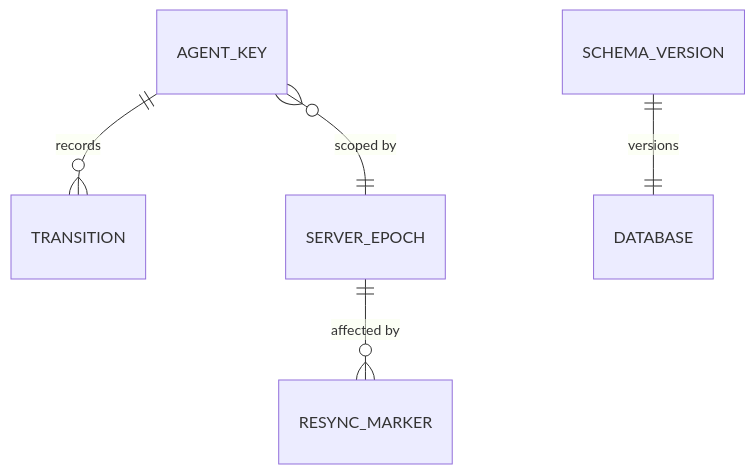
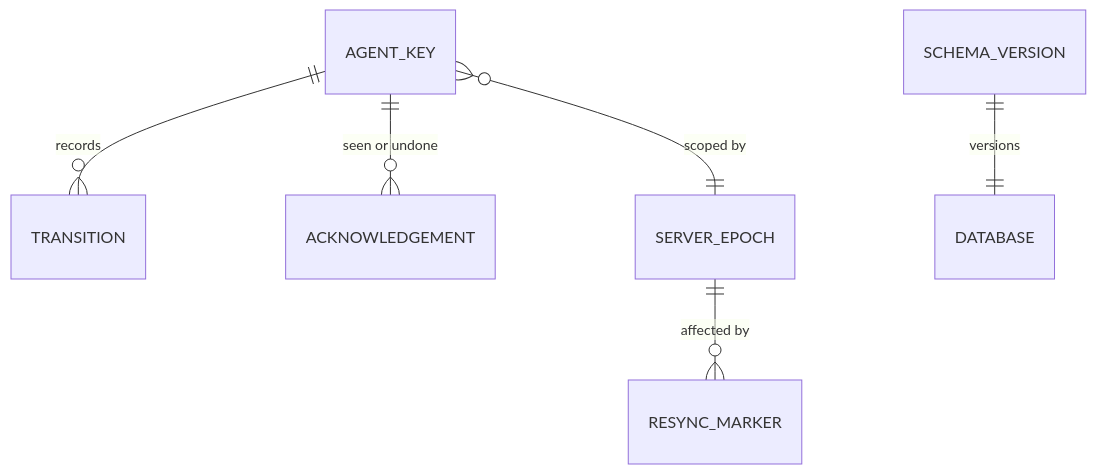
Before and after one commit to vilosource/herddash: the third of 3 diagrams in docs/planning/architecture/architecture-herddash-2026-10-14/ARCHITECTURE-SPINE.md, drawn with Mermaid. The commit also changed other lines of this file and 9 other files, not shown here.

````diff
--- a/docs/planning/architecture/architecture-herddash-2026-10-14/ARCHITECTURE-SPINE.md
+++ b/docs/planning/architecture/architecture-herddash-2026-10-14/ARCHITECTURE-SPINE.md
@@ -429,7 +453,8 @@
 ```mermaid
 erDiagram
   AGENT_KEY ||--o{ TRANSITION : records
+  AGENT_KEY ||--o{ ACKNOWLEDGEMENT : "seen or undone"
   AGENT_KEY }o--|| SERVER_EPOCH : "scoped by"
   SERVER_EPOCH ||--o{ RESYNC_MARKER : "affected by"
   SCHEMA_VERSION ||--|| DATABASE : versions
 ```
````
